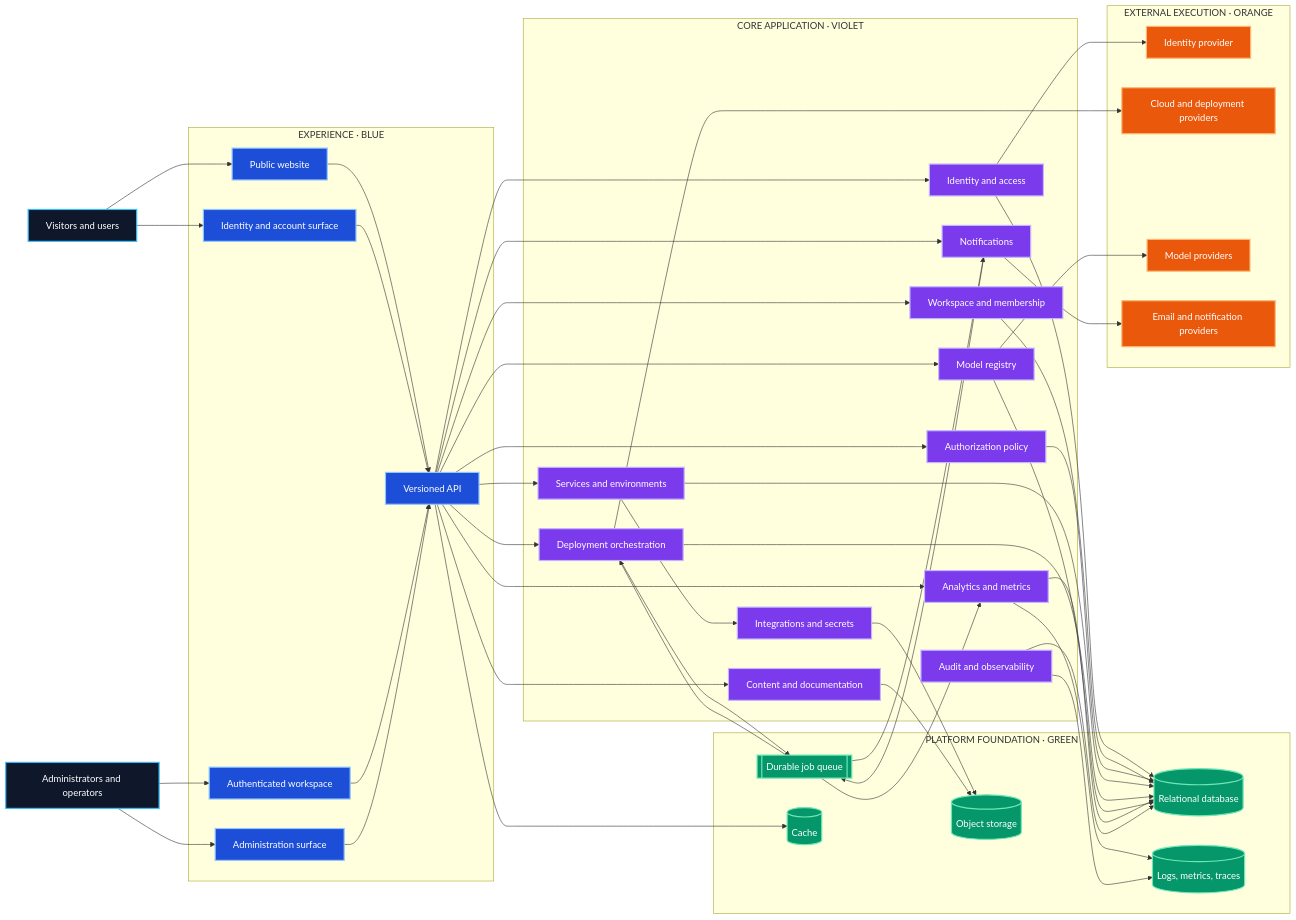
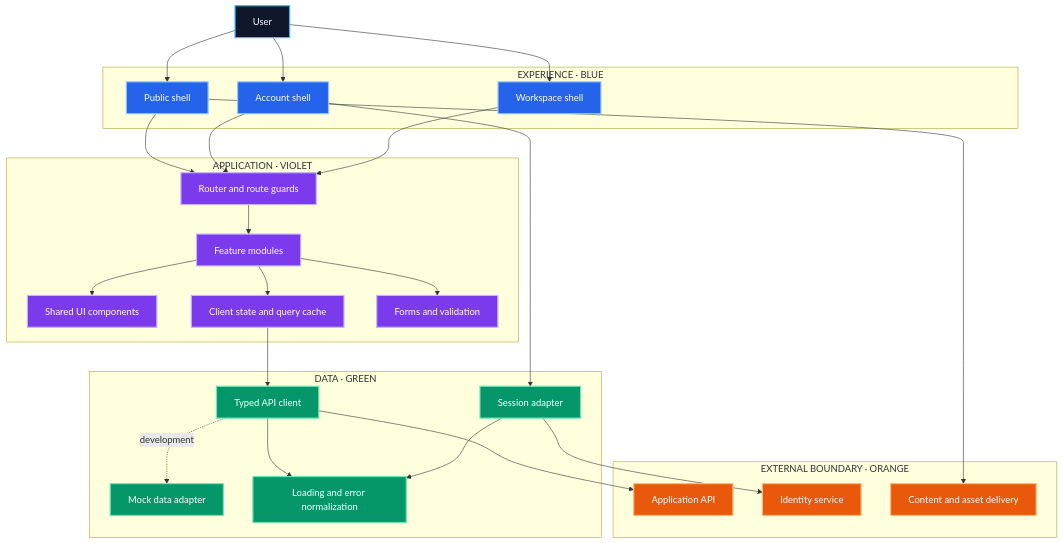
One commit to Marvellarr/marvellcode_brand_designs changed the diagram in SYSTEM_ARCHITECTURE.mmd. Above: the diagram before and after it, drawn with Mermaid. The commit also changed 2 other files, not shown here.

Commit message:
Focus architecture on frontend system design

```diff
--- a/SYSTEM_ARCHITECTURE.mmd
+++ b/SYSTEM_ARCHITECTURE.mmd
@@ -1,96 +1,60 @@
-flowchart LR
-  V[Visitors and users]
-  A[Administrators and operators]
+flowchart TB
+  USER[User]
 
-  subgraph EXP[EXPERIENCE · BLUE]
-    WEB[Public website]
-    AUTH[Identity and account surface]
-    APP[Authenticated workspace]
-    ADMIN[Administration surface]
-    API[Versioned API]
+  subgraph EXPERIENCE[EXPERIENCE · BLUE]
+    PUBLIC[Public shell]
+    ACCOUNT[Account shell]
+    WORKSPACE[Workspace shell]
   end
 
-  subgraph CORE[CORE APPLICATION · VIOLET]
-    IAM[Identity and access]
-    WS[Workspace and membership]
-    POL[Authorization policy]
-    CAT[Services and environments]
-    DEP[Deployment orchestration]
-    MOD[Model registry]
-    ANA[Analytics and metrics]
-    NOT[Notifications]
-    INT[Integrations and secrets]
-    CON[Content and documentation]
-    AUD[Audit and observability]
+  subgraph APPLICATION[APPLICATION · VIOLET]
+    ROUTER[Router and route guards]
+    FEATURES[Feature modules]
+    UI[Shared UI components]
+    STATE[Client state and query cache]
+    FORMS[Forms and validation]
   end
 
-  subgraph PLATFORM[PLATFORM FOUNDATION · GREEN]
-    DB[(Relational database)]
-    QUEUE[[Durable job queue]]
-    STORE[(Object storage)]
-    CACHE[(Cache)]
-    MON[(Logs, metrics, traces)]
+  subgraph DATA[DATA · GREEN]
+    CLIENT[Typed API client]
+    AUTH[Session adapter]
+    MOCK[Mock data adapter]
+    ERRORS[Loading and error normalization]
   end
 
-  subgraph EXT[EXTERNAL EXECUTION · ORANGE]
-    IDP[Identity provider]
-    CLOUD[Cloud and deployment providers]
-    MODEL[Model providers]
-    MSG[Email and notification providers]
+  subgraph EXTERNAL[EXTERNAL BOUNDARY · ORANGE]
+    API[Application API]
+    IDENTITY[Identity service]
+    CONTENT[Content and asset delivery]
   end
 
-  V --> WEB
-  V --> AUTH
-  A --> ADMIN
-  A --> APP
-  WEB --> API
-  AUTH --> API
-  APP --> API
-  ADMIN --> API
+  USER --> PUBLIC
+  USER --> ACCOUNT
+  USER --> WORKSPACE
+  PUBLIC --> ROUTER
+  ACCOUNT --> ROUTER
+  WORKSPACE --> ROUTER
+  ROUTER --> FEATURES
+  FEATURES --> UI
+  FEATURES --> STATE
+  FEATURES --> FORMS
+  STATE --> CLIENT
+  ACCOUNT --> AUTH
+  CLIENT --> ERRORS
+  AUTH --> ERRORS
+  CLIENT --> API
+  AUTH --> IDENTITY
+  PUBLIC --> CONTENT
+  CLIENT -. development .-> MOCK
 
-  API --> IAM
-  API --> WS
-  API --> POL
-  API --> CAT
-  API --> DEP
-  API --> MOD
-  API --> ANA
-  API --> NOT
-  API --> CON
+  classDef blue fill:#2563eb,stroke:#93c5fd,color:#fff,stroke-width:2px;
+  classDef violet fill:#7c3aed,stroke:#c4b5fd,color:#fff,stroke-width:2px;
+  classDef green fill:#059669,stroke:#6ee7b7,color:#fff,stroke-width:2px;
+  classDef orange fill:#ea580c,stroke:#fdba74,color:#fff,stroke-width:2px;
+  classDef user fill:#0f172a,stroke:#38bdf8,color:#fff,stroke-width:2px;
 
-  IAM --> IDP
-  IAM --> DB
-  WS --> DB
-  POL --> DB
-  CAT --> DB
-  CAT --> INT
-  DEP --> DB
-  DEP --> QUEUE
-  DEP --> CLOUD
-  MOD --> DB
-  MOD --> MODEL
-  ANA --> DB
-  ANA --> MON
-  NOT --> QUEUE
-  NOT --> MSG
-  INT --> STORE
-  CON --> STORE
-  AUD --> DB
-  AUD --> MON
-  API --> CACHE
-
-  QUEUE --> DEP
-  QUEUE --> ANA
-  QUEUE --> NOT
-
-  classDef experience fill:#1d4ed8,stroke:#93c5fd,color:#ffffff,stroke-width:2px;
-  classDef core fill:#7c3aed,stroke:#c4b5fd,color:#ffffff,stroke-width:2px;
-  classDef platform fill:#059669,stroke:#6ee7b7,color:#ffffff,stroke-width:2px;
-  classDef external fill:#ea580c,stroke:#fdba74,color:#ffffff,stroke-width:2px;
-  classDef actor fill:#0f172a,stroke:#38bdf8,color:#ffffff,stroke-width:2px;
-
-  class V,A actor;
-  class WEB,AUTH,APP,ADMIN,API experience;
-  class IAM,WS,POL,CAT,DEP,MOD,ANA,NOT,INT,CON,AUD core;
-  class DB,QUEUE,STORE,CACHE,MON platform;
-  class IDP,CLOUD,MODEL,MSG external;
+  class USER user;
+  class PUBLIC,ACCOUNT,WORKSPACE blue;
+  class ROUTER,FEATURES,UI,STATE,FORMS violet;
+  class CLIENT,AUTH,MOCK,ERRORS green;
+  class API,IDENTITY,CONTENT orange;
```
